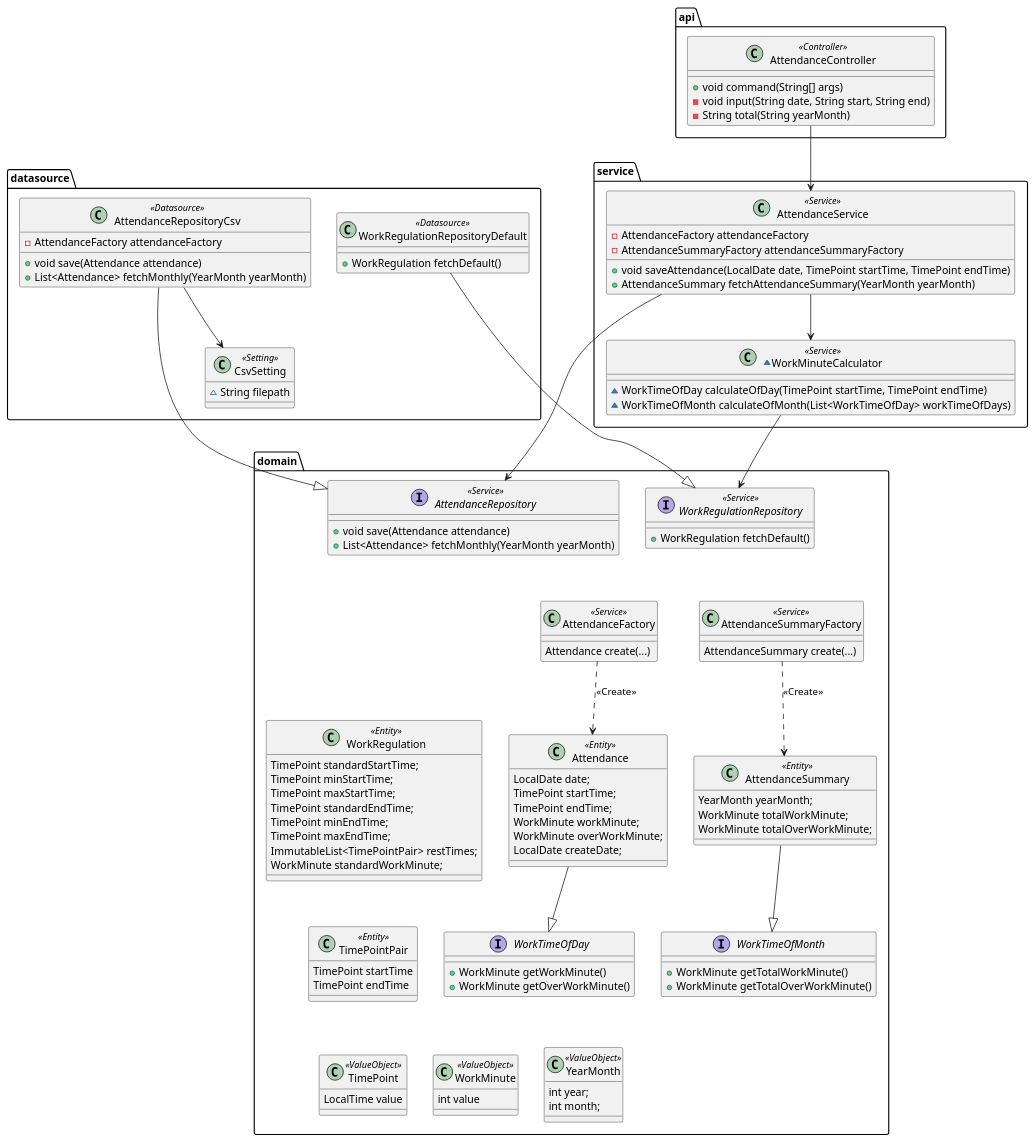
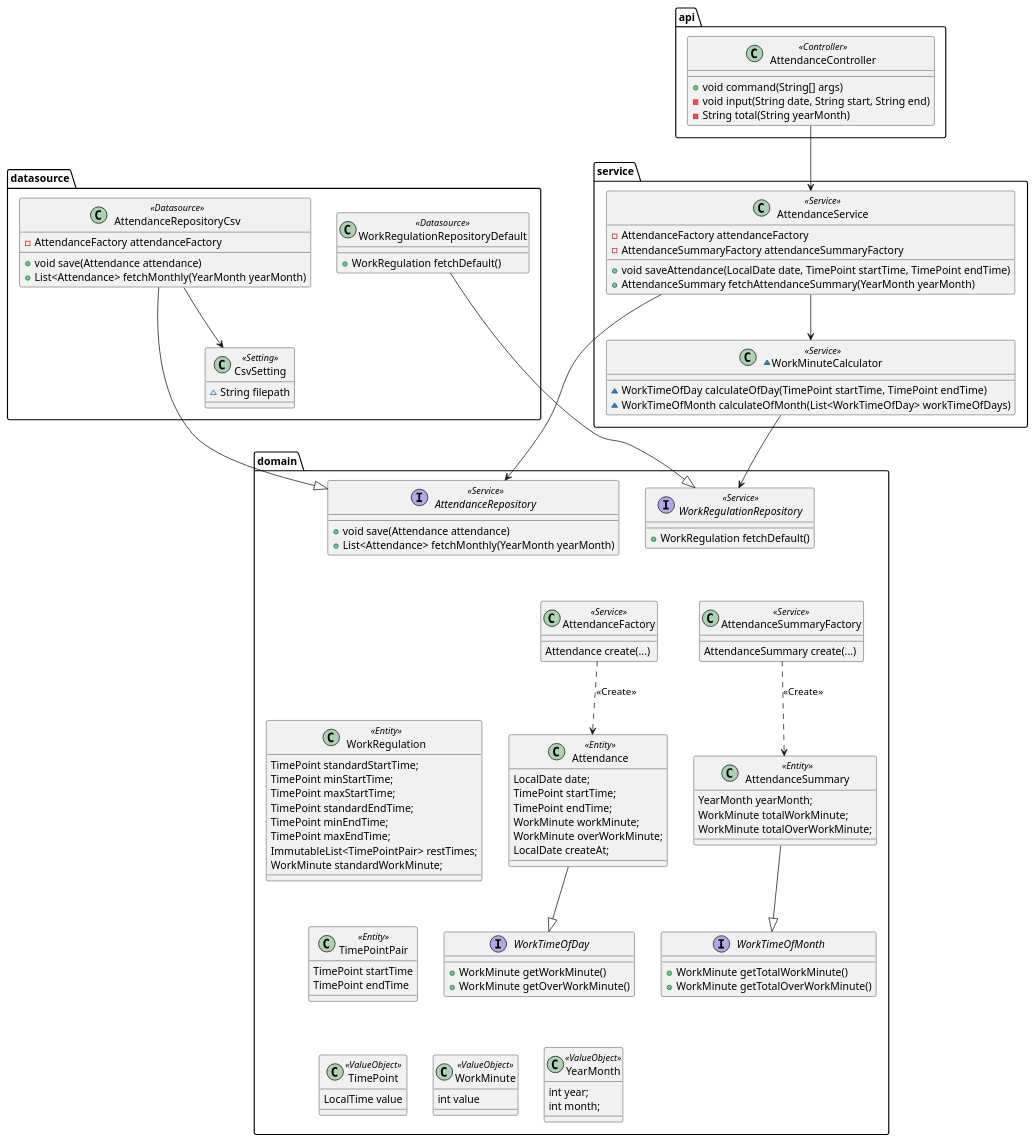
One commit to biglobe-isp/kintai changed the diagram in etc/document/design/src/model.puml. Above: the diagram before and after it, drawn with PlantUML. The commit also changed 5 other files, not shown here.

Commit message:
Change Attendance.createDate to createAt (LocalDateTime)

```diff
--- a/etc/document/design/src/model.puml
+++ b/etc/document/design/src/model.puml
@@ -1,163 +1,163 @@
 @startuml
 
 package api {
 
     class  AttendanceController <<Controller>> {
         + void command(String[] args)
         - void input(String date, String start, String end)
         - String total(String yearMonth)
     }
 }
 
 package service {
 
     class  AttendanceService <<Service>> {
         - AttendanceFactory attendanceFactory
         - AttendanceSummaryFactory attendanceSummaryFactory
         + void saveAttendance(LocalDate date, TimePoint startTime, TimePoint endTime)
         + AttendanceSummary fetchAttendanceSummary(YearMonth yearMonth)
     }
 
     ~class WorkMinuteCalculator <<Service>> {
         ~ WorkTimeOfDay calculateOfDay(TimePoint startTime, TimePoint endTime)
         ~ WorkTimeOfMonth calculateOfMonth(List<WorkTimeOfDay> workTimeOfDays)
     }
 }
 
 package datasource {
 
     class  AttendanceRepositoryCsv <<Datasource>> {
         - AttendanceFactory attendanceFactory
         + void save(Attendance attendance)
         + List<Attendance> fetchMonthly(YearMonth yearMonth)
     }
 
     class CsvSetting <<Setting>> {
         ~ String filepath
     }
 
     class WorkRegulationRepositoryDefault <<Datasource>> {
         + WorkRegulation fetchDefault()
     }
 }
 
 package domain {
 
     class Attendance <<Entity>> {
         LocalDate date;
         TimePoint startTime;
         TimePoint endTime;
         WorkMinute workMinute;
         WorkMinute overWorkMinute;
-        LocalDate createDate;
+        LocalDate createAt;
     }
 
     interface AttendanceRepository <<Service>> {
         + void save(Attendance attendance)
         + List<Attendance> fetchMonthly(YearMonth yearMonth)
     }
 
     class AttendanceSummary <<Entity>> {
         YearMonth yearMonth;
         WorkMinute totalWorkMinute;
         WorkMinute totalOverWorkMinute;
     }
 
     class AttendanceFactory <<Service>> {
         Attendance create(...)
     }
 
     class AttendanceSummaryFactory <<Service>> {
         AttendanceSummary create(...)
     }
 
     class TimePoint <<ValueObject>> {
         LocalTime value
     }
 
     class TimePointPair <<Entity>> {
         TimePoint startTime
         TimePoint endTime
     }
 
     class WorkMinute <<ValueObject>> {
         int value
     }
 
     class WorkRegulation <<Entity>> {
         TimePoint standardStartTime;
         TimePoint minStartTime;
         TimePoint maxStartTime;
         TimePoint standardEndTime;
         TimePoint minEndTime;
         TimePoint maxEndTime;
         ImmutableList<TimePointPair> restTimes;
         WorkMinute standardWorkMinute;
     }
 
     interface WorkRegulationRepository <<Service>> {
         + WorkRegulation fetchDefault()
     }
 
     interface WorkTimeOfDay {
         + WorkMinute getWorkMinute()
         + WorkMinute getOverWorkMinute()
     }
 
     interface WorkTimeOfMonth {
         + WorkMinute getTotalWorkMinute()
         + WorkMinute getTotalOverWorkMinute()
     }
 
     class YearMonth <<ValueObject>> {
         int year;
         int month;
     }
 }
 
 
 ''' api
 AttendanceController --> AttendanceService
 
 
 ''' service
 AttendanceService --> AttendanceRepository
 ' AttendanceService --> AttendanceFactory
 ' AttendanceService --> AttendanceSummaryFactory
 AttendanceService --> WorkMinuteCalculator
 WorkMinuteCalculator --> WorkRegulationRepository
 AttendanceFactory ..> Attendance : <<Create>>
 AttendanceSummaryFactory ..> AttendanceSummary : <<Create>>
 AttendanceFactory -[hidden]- WorkMinuteCalculator
 
 
 ''' datasource
 AttendanceRepositoryCsv --|> AttendanceRepository
 ' AttendanceRepositoryCsv --> AttendanceFactory
 AttendanceRepositoryCsv --> CsvSetting
 WorkRegulationRepositoryDefault --|> WorkRegulationRepository
 
 
 ''' domain
 Attendance --|> WorkTimeOfDay
 AttendanceSummary --|> WorkTimeOfMonth
 
 
 ''' placement order
 WorkRegulationRepositoryDefault -[hidden] AttendanceRepositoryCsv
 AttendanceRepositoryCsv -[hidden]- CsvSetting
 CsvSetting -[hidden]- WorkRegulationRepository
 WorkMinuteCalculator -[hidden]- WorkRegulationRepository
 WorkRegulationRepository -[hidden] AttendanceRepository
 AttendanceRepository -[hidden]- AttendanceFactory
 AttendanceFactory -[hidden] AttendanceSummaryFactory
 
 WorkRegulation -[hidden] Attendance
 Attendance -[hidden] AttendanceSummary
 WorkTimeOfDay -[hidden] WorkTimeOfMonth
 WorkRegulation -[hidden]- TimePointPair
 TimePointPair -[hidden]- TimePoint
 TimePoint -[hidden] WorkMinute
 WorkMinute -[hidden] YearMonth
 
 @enduml
```
